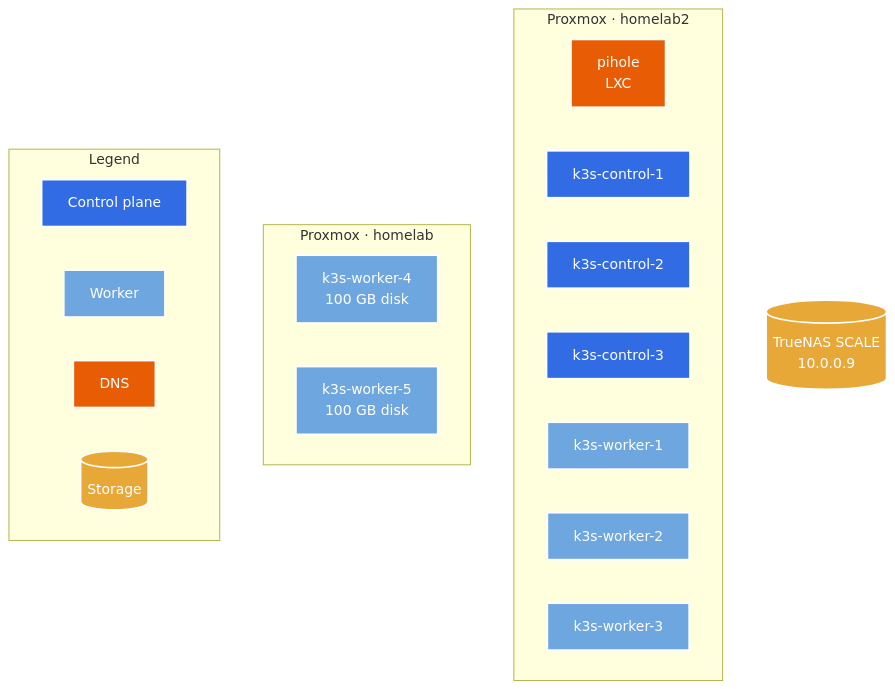
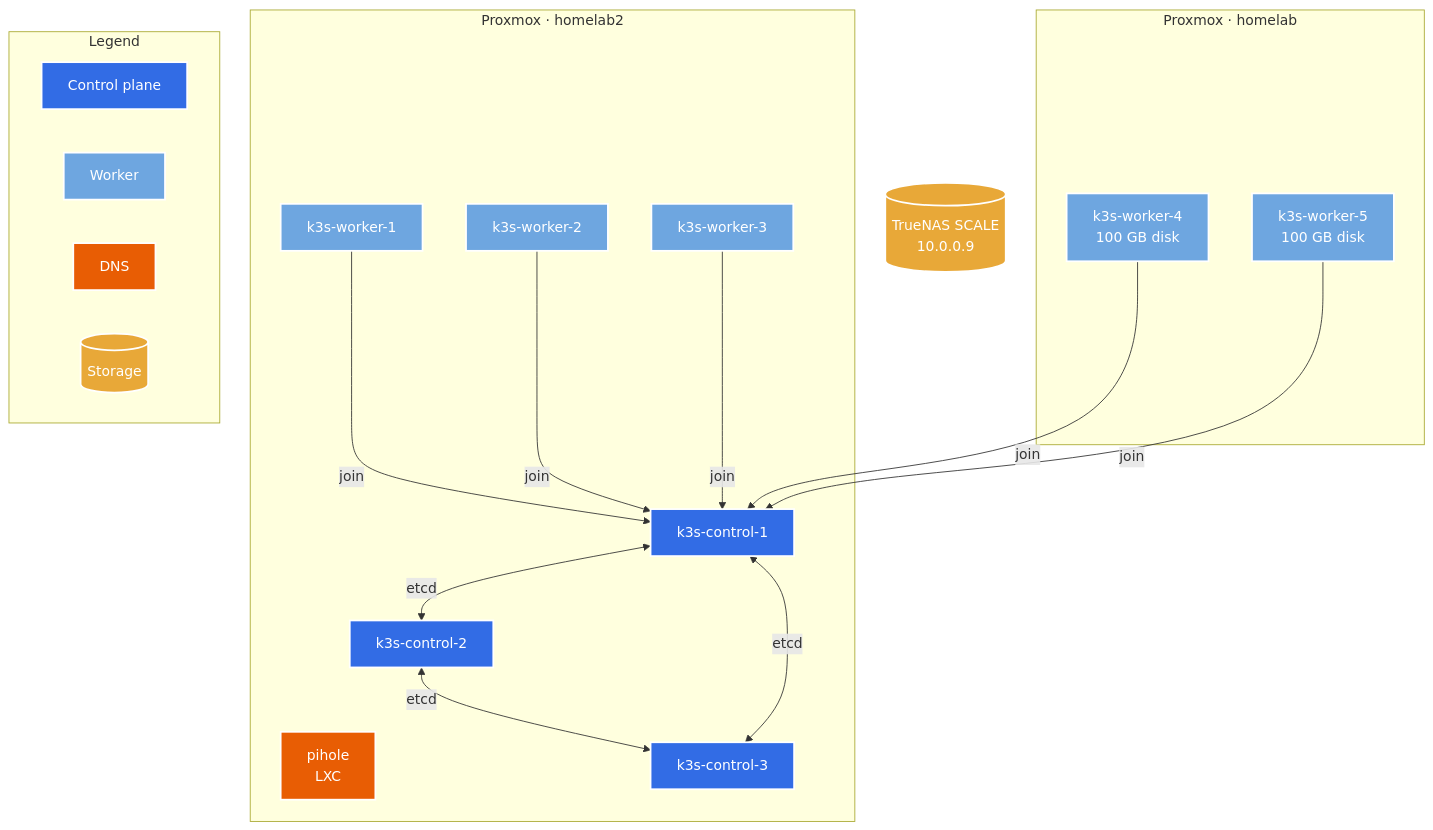
One commit to byeich/homelab changed the first of 5 diagrams in docs/architecture.md. Above: the diagram before and after it, drawn with Mermaid. The commit also changed other lines of this file and 1 other file, not shown here.

Commit message:
updated diagrams

````diff
--- a/docs/architecture.md
+++ b/docs/architecture.md
@@ -7,37 +7,42 @@
 ```mermaid
 flowchart TB
     subgraph prox2["Proxmox · homelab2"]
         pihole["pihole\nLXC"]
         ctrl1["k3s-control-1"]
         ctrl2["k3s-control-2"]
         ctrl3["k3s-control-3"]
         wrk1["k3s-worker-1"]
         wrk2["k3s-worker-2"]
         wrk3["k3s-worker-3"]
     end
 
     subgraph prox1["Proxmox · homelab"]
         wrk4["k3s-worker-4\n100 GB disk"]
         wrk5["k3s-worker-5\n100 GB disk"]
     end
 
     truenas[("TrueNAS SCALE\n10.0.0.9")]
 
     subgraph legend["Legend"]
         direction LR
         lc["Control plane"]:::control
         lw["Worker"]:::worker
         ld["DNS"]:::dns
         ls[("Storage")]:::nas
     end
 
+    ctrl1 <-->|"etcd"| ctrl2
+    ctrl2 <-->|"etcd"| ctrl3
+    ctrl1 <-->|"etcd"| ctrl3
+    wrk1 & wrk2 & wrk3 & wrk4 & wrk5 -->|"join"| ctrl1
+
     classDef control fill:#326ce5,stroke:#fff,stroke-width:2px,color:#fff
     classDef worker  fill:#6ea6e0,stroke:#fff,stroke-width:2px,color:#fff
     classDef dns     fill:#e85d04,stroke:#fff,stroke-width:2px,color:#fff
     classDef nas     fill:#e8a838,stroke:#fff,stroke-width:2px,color:#fff
 
     class ctrl1,ctrl2,ctrl3,lc control
     class wrk1,wrk2,wrk3,wrk4,wrk5,lw worker
     class pihole,ld dns
     class truenas,ls nas
 ```
````
